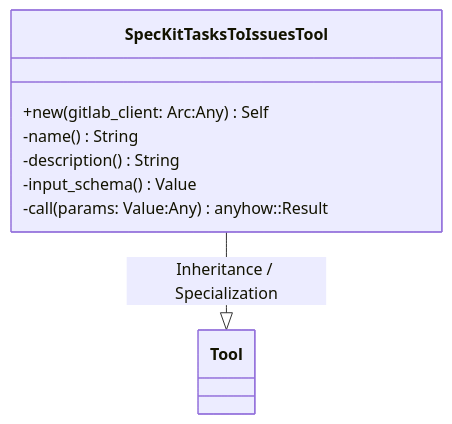
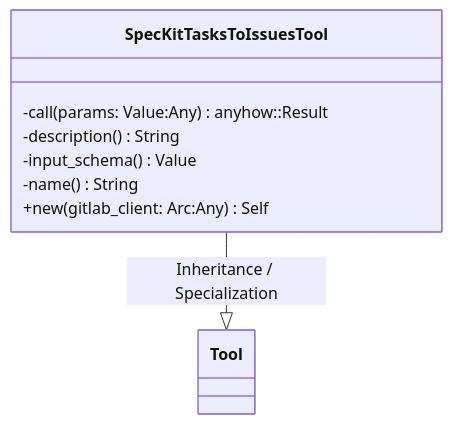
Before and after one commit to lgcorzo/rust_CACD_autonomous_factory: the first of 2 diagrams in openwiki/crates_factory-mcp-server_src_tools_spec_kit_tasks_to_issues_rs.md, drawn with Mermaid. The commit also changed other lines of this file and 76 other files, not shown here.

````diff
--- a/openwiki/crates_factory-mcp-server_src_tools_spec_kit_tasks_to_issues_rs.md
+++ b/openwiki/crates_factory-mcp-server_src_tools_spec_kit_tasks_to_issues_rs.md
@@ -81,13 +81,13 @@
 ```mermaid
 classDiagram
     direction BT
     class SpecKitTasksToIssuesTool {
-        +new(gitlab_client: Arc<dyn GitlabClient>:Any) Self
-        -name() String
+        -call(params: Value:Any) anyhow::Result<CallToolResult>
         -description() String
         -input_schema() Value
-        -call(params: Value:Any) anyhow::Result<CallToolResult>
+        -name() String
+        +new(gitlab_client: Arc<dyn GitlabClient>:Any) Self
     }
     Tool <|-- SpecKitTasksToIssuesTool : Inheritance / Specialization
 
 ```
````
